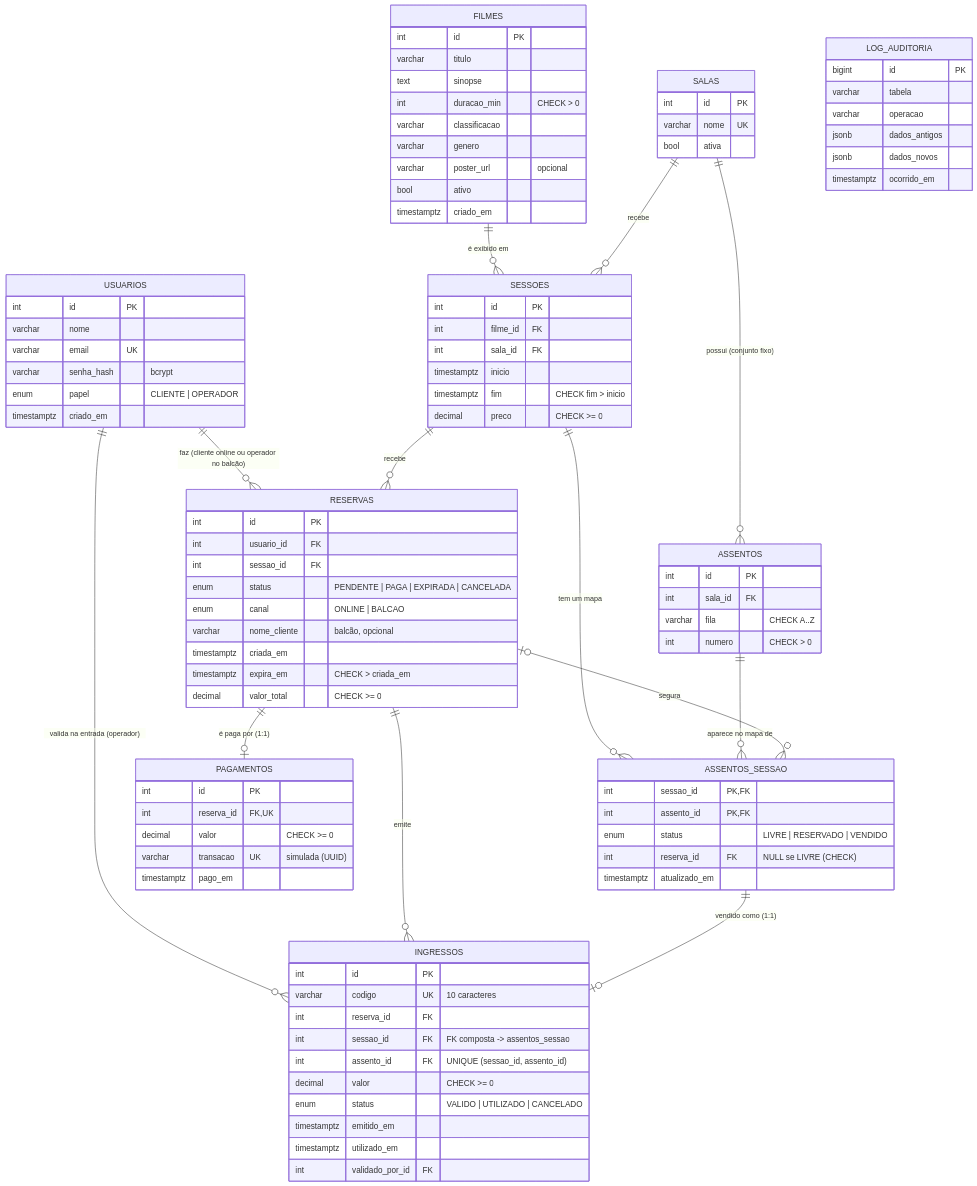
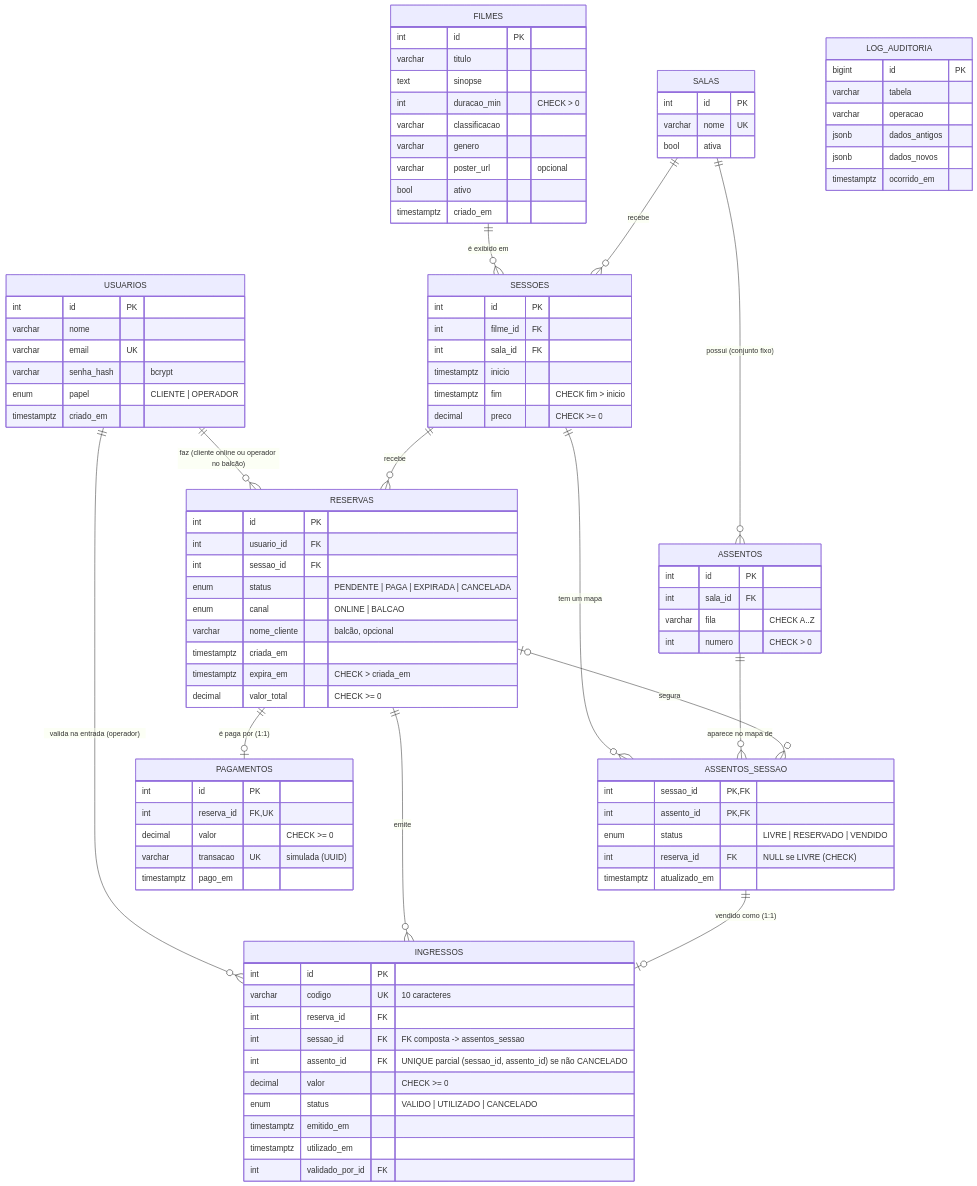
The diagram in docs/der.md (lucassmagro/CineON), drawn with Mermaid before and after one commit. The commit also changed other lines of this file and 7 other files, not shown here.

```diff
--- a/docs/der.md
+++ b/docs/der.md
@@ -86,7 +86,7 @@
         varchar codigo UK "10 caracteres"
         int reserva_id FK
         int sessao_id FK "FK composta -> assentos_sessao"
-        int assento_id FK "UNIQUE (sessao_id, assento_id)"
+        int assento_id FK "UNIQUE parcial (sessao_id, assento_id) se não CANCELADO"
         decimal valor "CHECK >= 0"
         enum status "VALIDO | UTILIZADO | CANCELADO"
         timestamptz emitido_em
```
